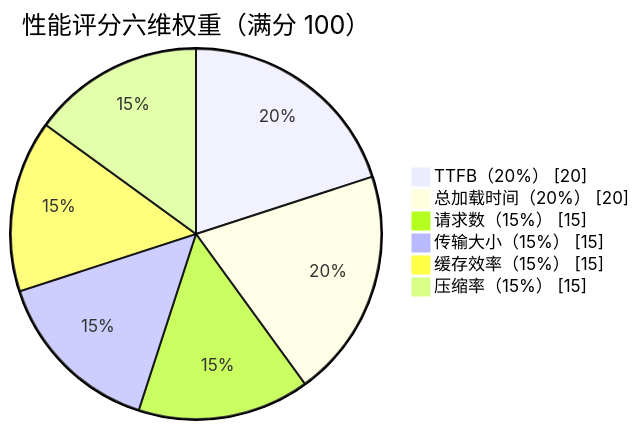
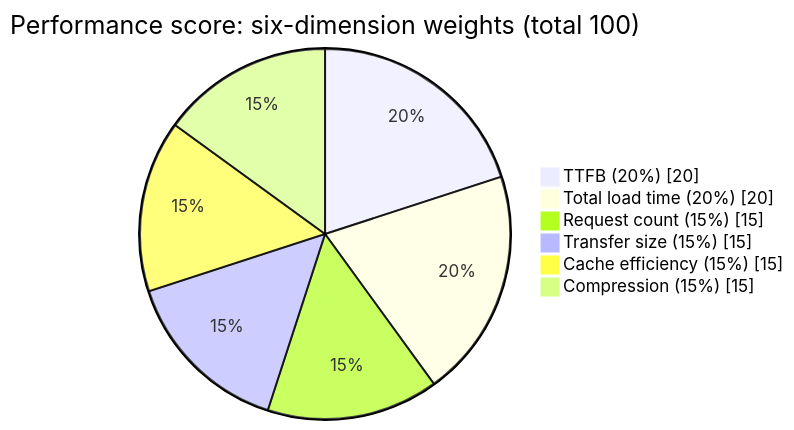
The second of 4 diagrams in website/zh/workflows/performance.md (hitechcloud-vietnam/har-skills), drawn with Mermaid before and after one commit. The commit also changed other lines of this file and 97 other files, not shown here.

````diff
--- a/website/zh/workflows/performance.md
+++ b/website/zh/workflows/performance.md
@@ -63,10 +64,10 @@
 ```mermaid
 pie showData
-    title 性能评分六维权重（满分 100）
-    "TTFB（20%）" : 20
-    "总加载时间（20%）" : 20
-    "请求数（15%）" : 15
-    "传输大小（15%）" : 15
-    "缓存效率（15%）" : 15
-    "压缩率（15%）" : 15
+    title Performance score: six-dimension weights (total 100)
+    "TTFB (20%)" : 20
+    "Total load time (20%)" : 20
+    "Request count (15%)" : 15
+    "Transfer size (15%)" : 15
+    "Cache efficiency (15%)" : 15
+    "Compression (15%)" : 15
 ```
````
